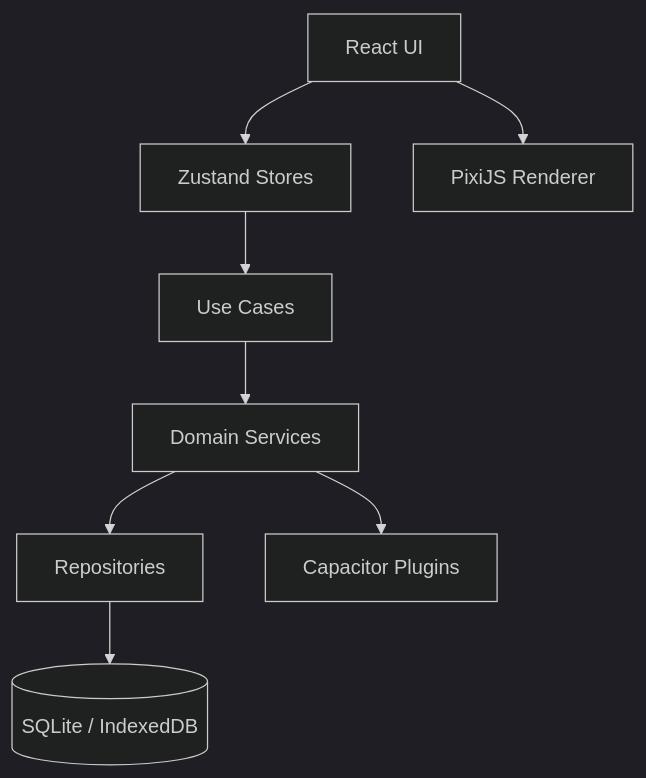
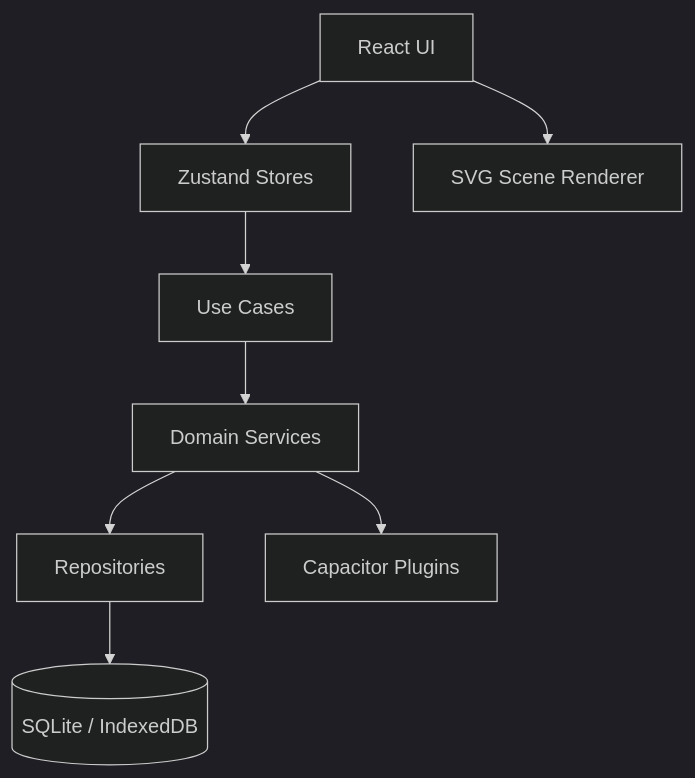
Before and after one commit to taiodoio/Necrothing: the diagram in necrothing-docs/docs/technical/01-technical-architecture.md, drawn with Mermaid (dark theme). The commit also changed other lines of this file and 9 other files, not shown here.

````diff
--- a/necrothing-docs/docs/technical/01-technical-architecture.md
+++ b/necrothing-docs/docs/technical/01-technical-architecture.md
@@ -59,10 +60,10 @@
 ```mermaid
 flowchart TD
     UI[React UI] --> Store[Zustand Stores]
     Store --> UseCases[Use Cases]
     UseCases --> Services[Domain Services]
     Services --> Repositories[Repositories]
     Repositories --> DB[(SQLite / IndexedDB)]
     Services --> Native[Capacitor Plugins]
-    UI --> Pixi[PixiJS Renderer]
+    UI --> Svg[SVG Scene Renderer]
 ```
````
